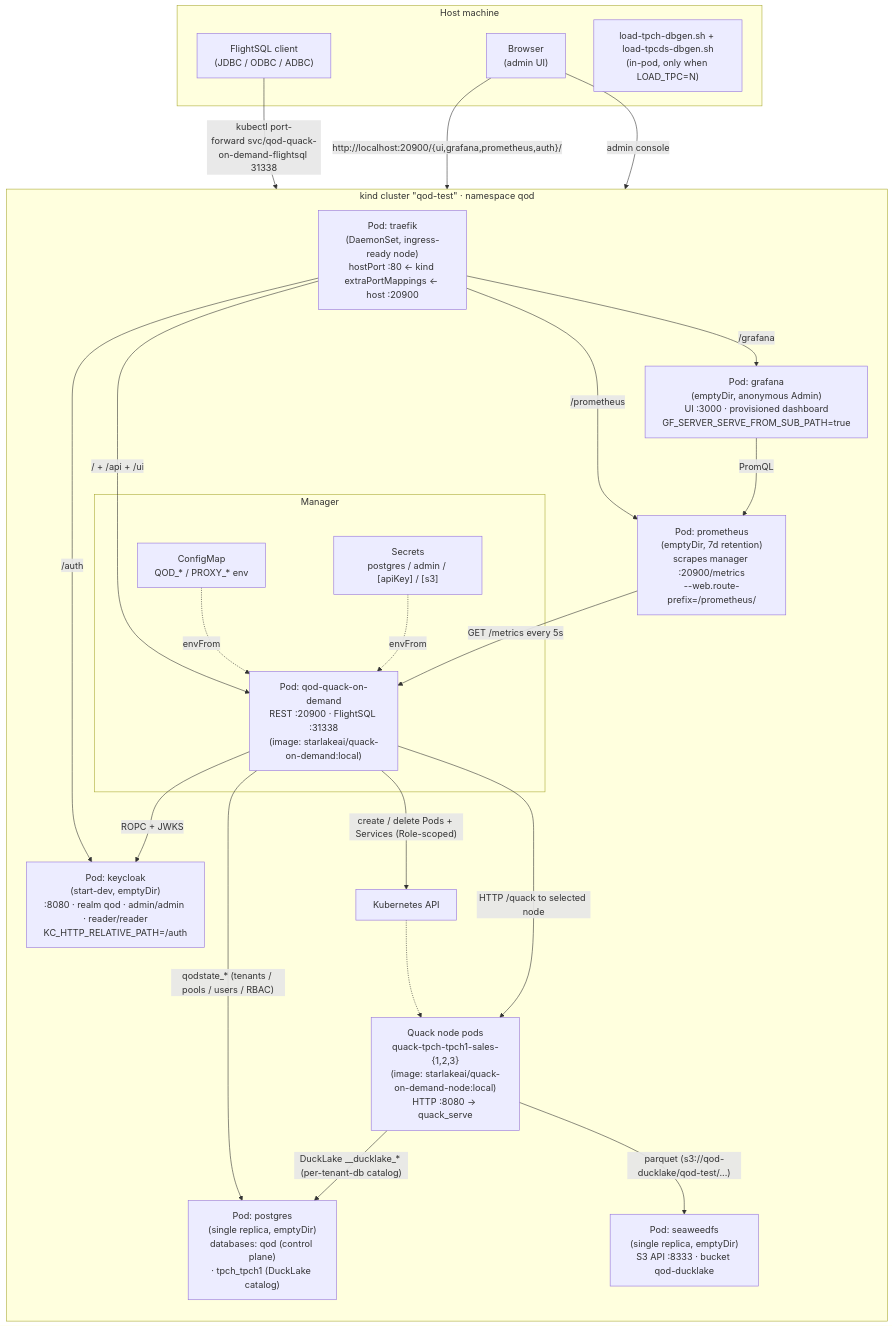
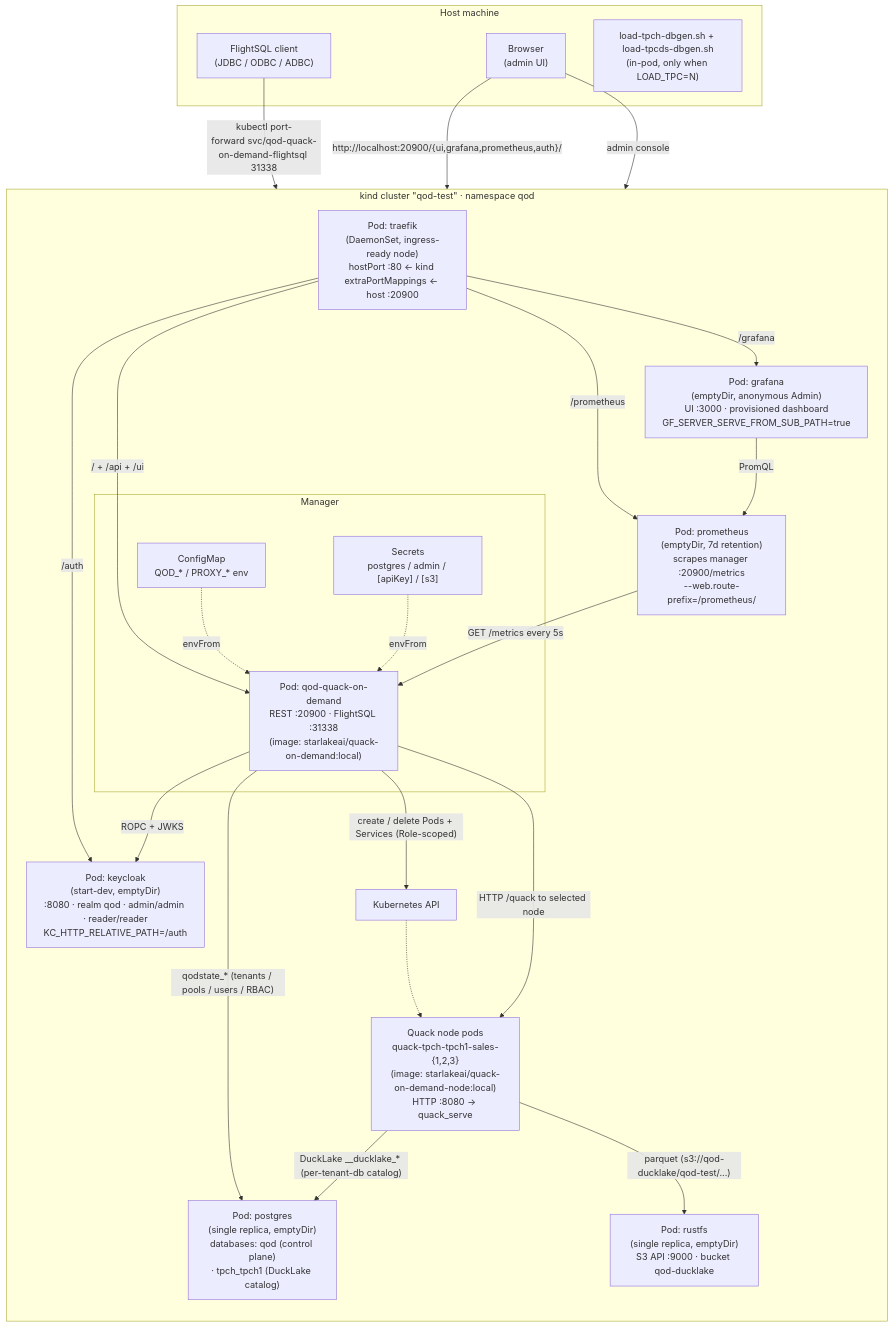
One commit to starlake-ai/quack-on-demand changed the second of 2 diagrams in charts/quack-on-demand/local-stack-k8s/README.md. Above: the diagram before and after it, drawn with Mermaid. The commit also changed other lines of this file and 8 other files, not shown here.

````diff
--- a/charts/quack-on-demand/local-stack-k8s/README.md
+++ b/charts/quack-on-demand/local-stack-k8s/README.md
@@ -73,65 +73,65 @@
 ```mermaid
 flowchart TB
     subgraph host["Host machine"]
         client["FlightSQL client<br/>(JDBC / ODBC / ADBC)"]
         browser["Browser<br/>(admin UI)"]
         loadtpc["load-tpch-dbgen.sh + load-tpcds-dbgen.sh<br/>(in-pod, only when LOAD_TPC=N)"]
     end
 
     subgraph kind["kind cluster &quot;qod-test&quot; · namespace qod"]
         direction TB
 
         subgraph manager_block["Manager"]
             manager["Pod: qod-quack-on-demand<br/>REST :20900 · FlightSQL :31338<br/>(image: starlakeai/quack-on-demand:local)"]
             cfg["ConfigMap<br/>QOD_* / PROXY_* env"]
             sec["Secrets<br/>postgres / admin / [apiKey] / [s3]"]
         end
 
         nodes["Quack node pods<br/>quack-tpch-tpch1-sales-{1,2,3}<br/>(image: starlakeai/quack-on-demand-node:local)<br/>HTTP :8080 → quack_serve"]
 
         pg["Pod: postgres<br/>(single replica, emptyDir)<br/>databases: qod (control plane)<br/>· tpch_tpch1 (DuckLake catalog)"]
-        sw["Pod: seaweedfs<br/>(single replica, emptyDir)<br/>S3 API :8333 · bucket qod-ducklake"]
+        sw["Pod: rustfs<br/>(single replica, emptyDir)<br/>S3 API :9000 · bucket qod-ducklake"]
         prom["Pod: prometheus<br/>(emptyDir, 7d retention)<br/>scrapes manager :20900/metrics<br/>--web.route-prefix=/prometheus/"]
         graf["Pod: grafana<br/>(emptyDir, anonymous Admin)<br/>UI :3000 · provisioned dashboard<br/>GF_SERVER_SERVE_FROM_SUB_PATH=true"]
         kc["Pod: keycloak<br/>(start-dev, emptyDir)<br/>:8080 · realm qod · admin/admin · reader/reader<br/>KC_HTTP_RELATIVE_PATH=/auth"]
         ingress["Pod: traefik<br/>(DaemonSet, ingress-ready node)<br/>hostPort :80 ← kind extraPortMappings ← host :20900"]
 
         kapi["Kubernetes API"]
     end
 
     %% Client / operator traffic
     browser   -- "http://localhost:20900/{ui,grafana,prometheus,auth}/" --> ingress
     client    -- "kubectl port-forward&nbsp;svc/qod-quack-on-demand-flightsql 31338" --> manager
 
     %% Ingress fan-out
     ingress -- "/ + /api + /ui" --> manager
     ingress -- "/grafana"       --> graf
     ingress -- "/prometheus"    --> prom
     ingress -- "/auth"          --> kc
 
     %% Config + secret injection
     cfg -. envFrom .-> manager
     sec -. envFrom .-> manager
 
     %% Manager - K8s control plane
     manager  -- "create / delete Pods + Services (Role-scoped)" --> kapi
     kapi -.-> nodes
 
     %% Manager - control plane DB
     manager -- "qodstate_* (tenants / pools / users / RBAC)" --> pg
 
     %% Statement routing
     manager -- "HTTP /quack to selected node" --> nodes
 
     %% Node - data plane
     nodes -- "DuckLake __ducklake_* (per-tenant-db catalog)" --> pg
     nodes -- "parquet (s3://qod-ducklake/qod-test/...)"      --> sw
 
     %% Observability
     prom -- "GET /metrics every 5s" --> manager
     graf -- "PromQL" --> prom
 
     %% OIDC
     manager -- "ROPC + JWKS" --> kc
     browser -- "admin console" --> kc
 ```
````
